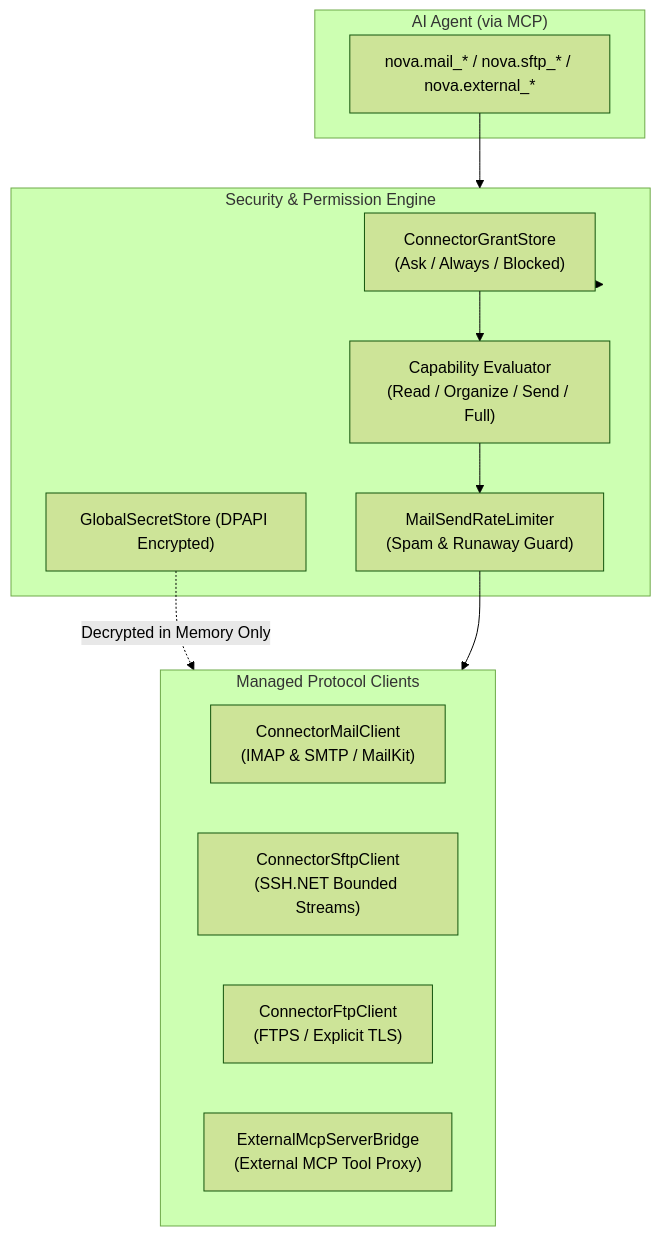
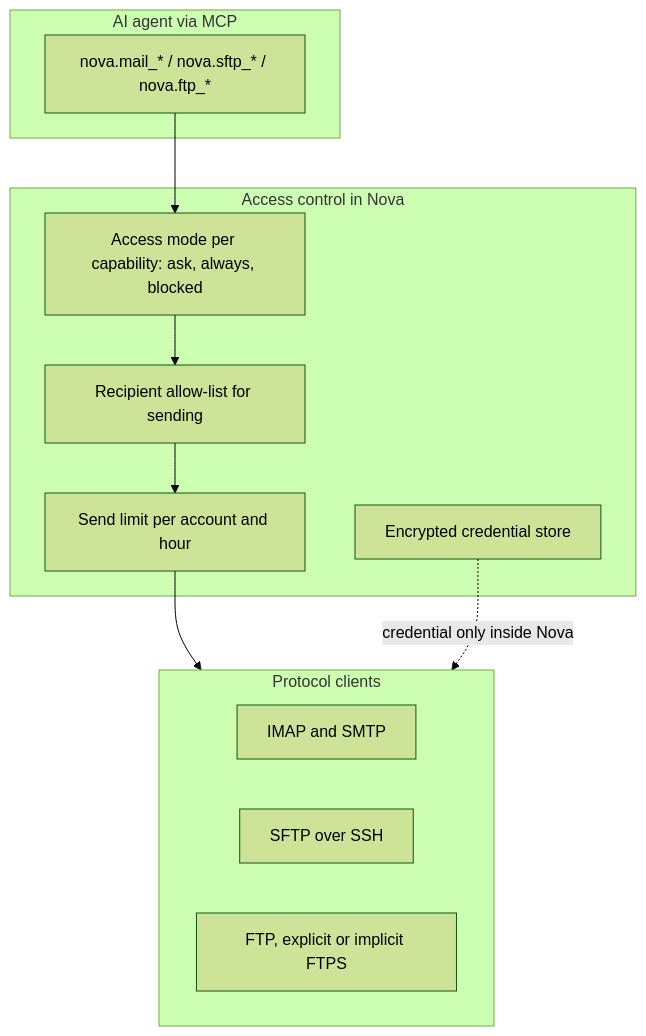
Before and after one commit to joelaniol/nova: the diagram in docs/core-features/connectors-and-protocols.md, drawn with Mermaid (forest theme). The commit also changed other lines of this file and 495 other files, not shown here.

````diff
--- a/docs/core-features/connectors-and-protocols.md
+++ b/docs/core-features/connectors-and-protocols.md
@@ -21,27 +21,25 @@
 ```mermaid
 flowchart TD
-    subgraph Agent["AI Agent (via MCP)"]
-        Req["nova.mail_* / nova.sftp_* / nova.external_*"]
+    subgraph Agent["AI agent via MCP"]
+        Req["nova.mail_* / nova.sftp_* / nova.ftp_*"]
     end
 
-    subgraph SecurityGate["Security & Permission Engine"]
-        GrantStore["ConnectorGrantStore<br>(Ask / Always / Blocked)"]
-        CapabilityCheck["Capability Evaluator<br>(Read / Organize / Send / Full)"]
-        RateLimiter["MailSendRateLimiter<br>(Spam & Runaway Guard)"]
-        SecretStore["GlobalSecretStore (DPAPI Encrypted)"]
+    subgraph Gate["Access control in Nova"]
+        Grants["Access mode per capability: ask, always, blocked"]
+        Recipients["Recipient allow-list for sending"]
+        Rate["Send limit per account and hour"]
+        Secrets["Encrypted credential store"]
     end
 
-    subgraph ConnectorClients["Managed Protocol Clients"]
-        MailClient["ConnectorMailClient<br>(IMAP & SMTP / MailKit)"]
-        SftpClient["ConnectorSftpClient<br>(SSH.NET Bounded Streams)"]
-        FtpClient["ConnectorFtpClient<br>(FTPS / Explicit TLS)"]
-        McpBridge["ExternalMcpServerBridge<br>(External MCP Tool Proxy)"]
+    subgraph Clients["Protocol clients"]
+        Mail["IMAP and SMTP"]
+        Sftp["SFTP over SSH"]
+        Ftp["FTP, explicit or implicit FTPS"]
     end
 
-    Req --> SecurityGate
-    SecurityGate --> GrantStore
-    GrantStore --> CapabilityCheck
-    CapabilityCheck --> RateLimiter
-    SecretStore -. Decrypted in Memory Only .-> ConnectorClients
-    RateLimiter --> ConnectorClients
+    Req --> Grants
+    Grants --> Recipients
+    Recipients --> Rate
+    Rate --> Clients
+    Secrets -. credential only inside Nova .-> Clients
 ```
````
